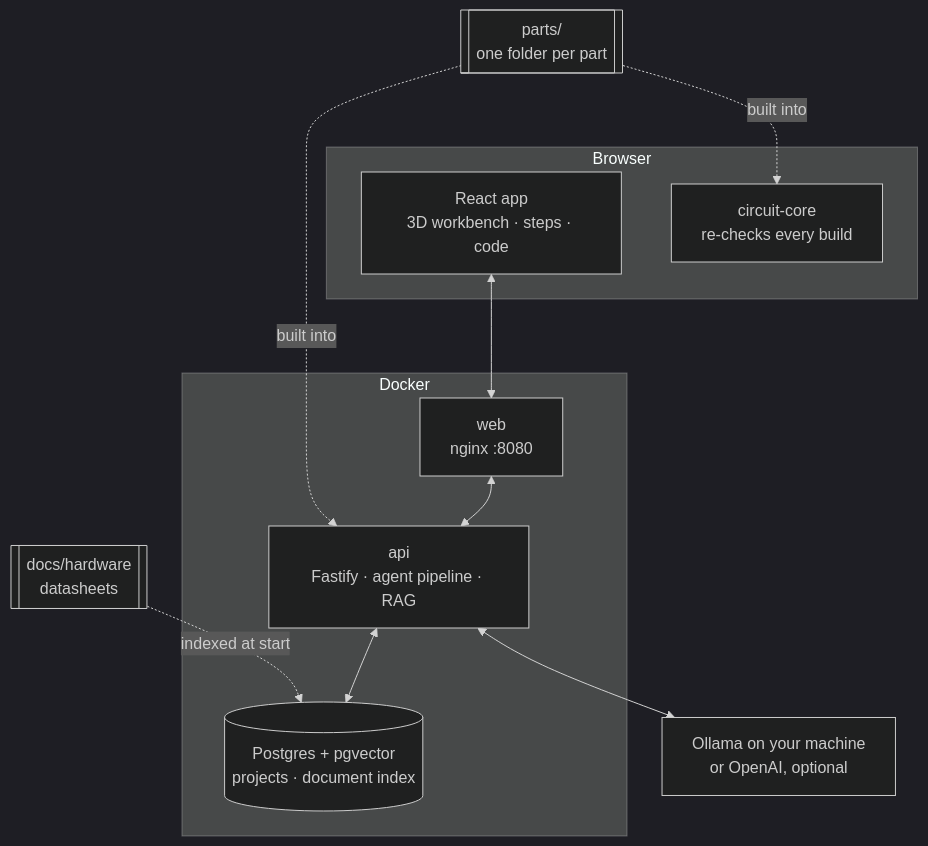
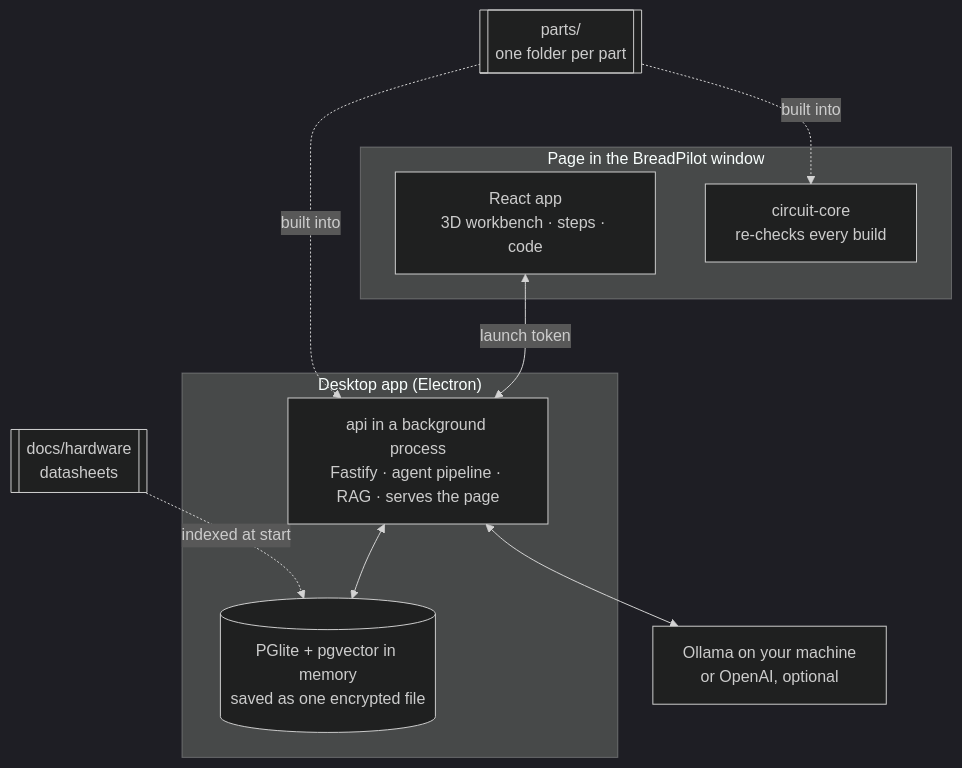
Before and after one commit to Prestical/BreadPilot: the second of 2 diagrams in README.md, drawn with Mermaid (dark theme). The commit also changed other lines of this file and 2 other files, not shown here.

First line of the commit message:
README for the 0.2.0 desktop release

````diff
--- a/README.md
+++ b/README.md
@@ -164,22 +196,21 @@
 ```mermaid
 flowchart TB
-    subgraph Browser
+    subgraph Page["Page in the BreadPilot window"]
         UI[React app<br/>3D workbench · steps · code]
         CC1[circuit-core<br/>re-checks every build]
     end
-    subgraph Docker
-        WEB[web<br/>nginx :8080]
-        API[api<br/>Fastify · agent pipeline · RAG]
-        DB[(Postgres + pgvector<br/>projects · document index)]
+    subgraph App["Desktop app (Electron)"]
+        API[api in a background process<br/>Fastify · agent pipeline · RAG · serves the page]
+        DB[(PGlite + pgvector in memory<br/>saved as one encrypted file)]
     end
     LLM[Ollama on your machine<br/>or OpenAI, optional]
     PARTS[[parts/<br/>one folder per part]]
     DOCS[[docs/hardware<br/>datasheets]]
 
-    UI <--> WEB <--> API
+    UI <-- launch token --> API
     API <--> DB
     API <--> LLM
     PARTS -. built into .-> CC1
     PARTS -. built into .-> API
     DOCS -. indexed at start .-> DB
 ```
````
